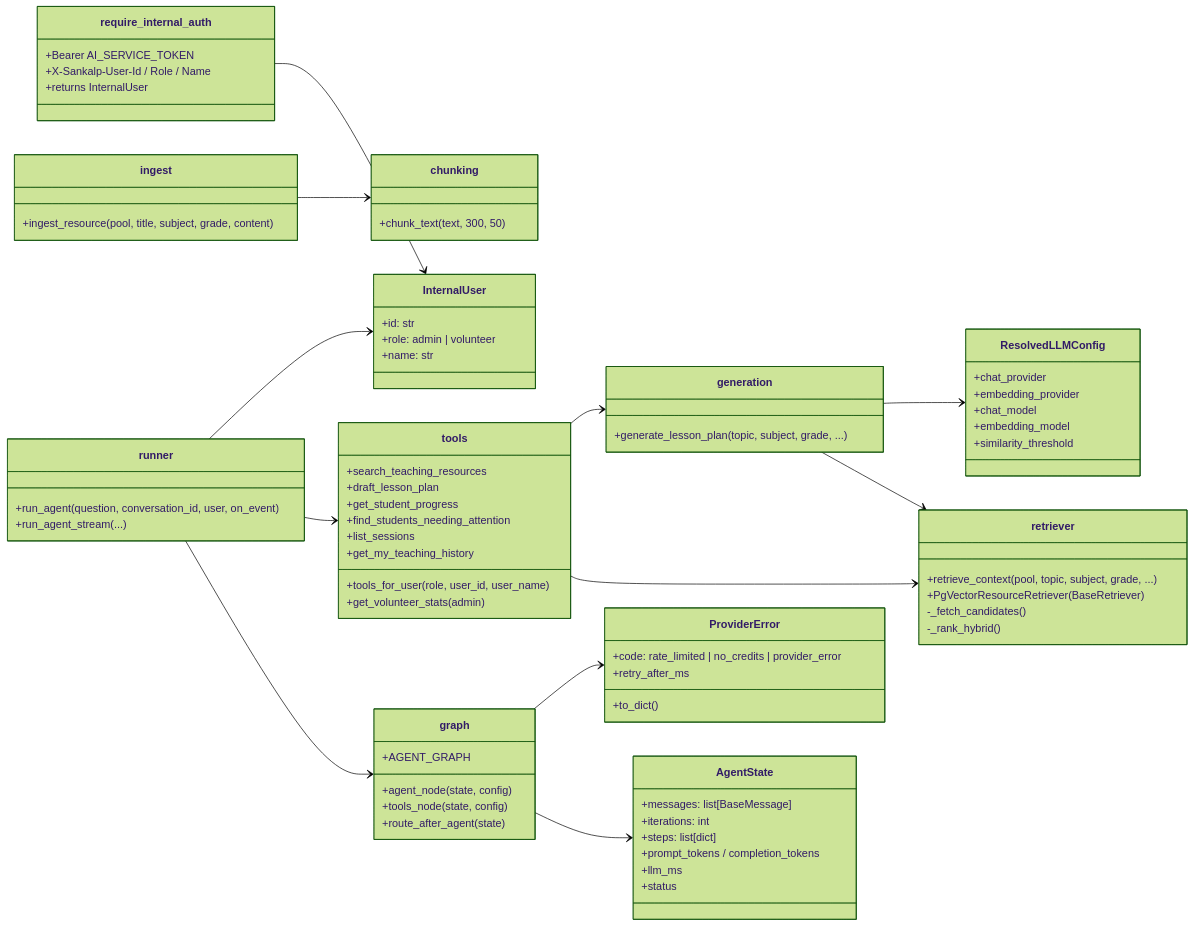
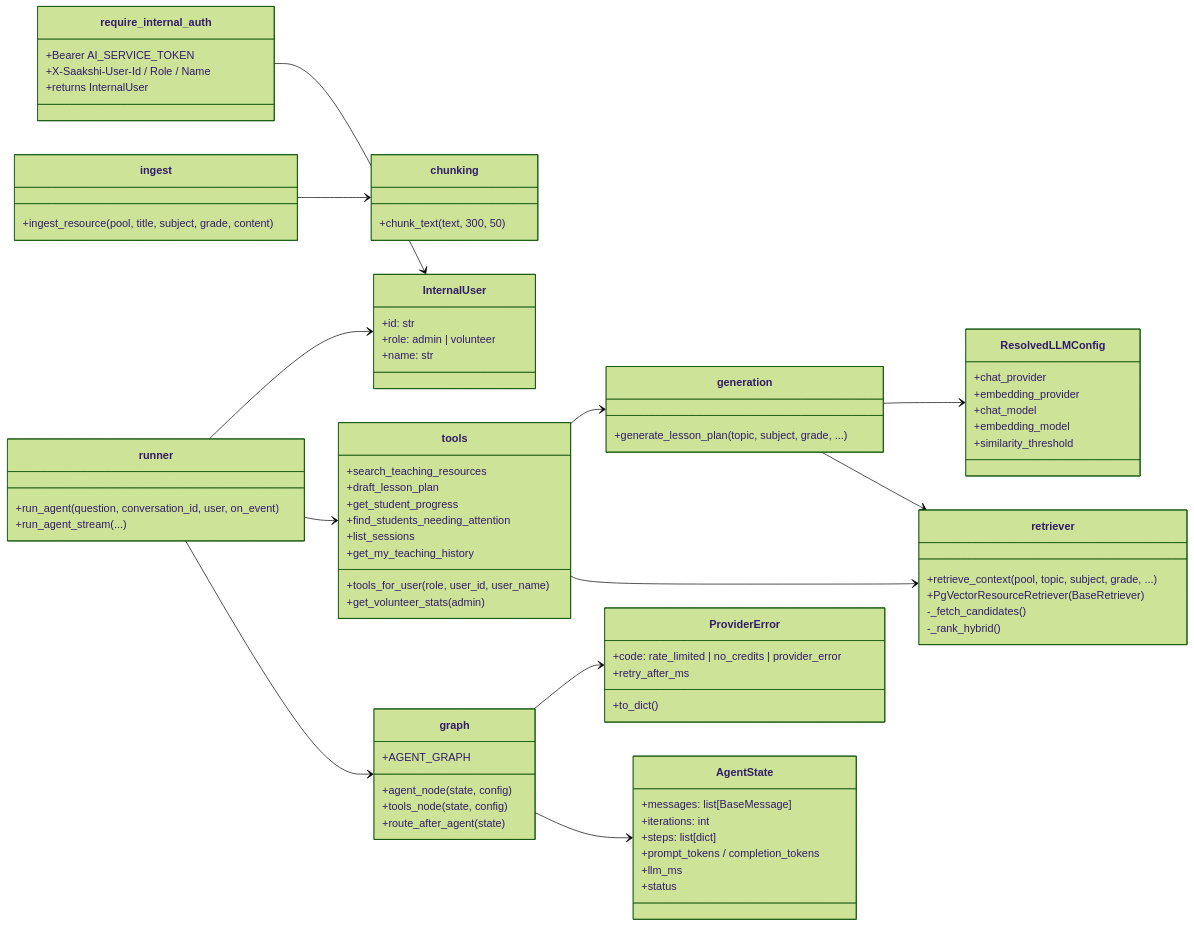
The sixth of 15 diagrams in README.md (kushagragarg15/sankalp-village-project), drawn with Mermaid (forest theme) before and after one commit. The commit also changed other lines of this file and 29 other files, not shown here.

````diff
--- a/README.md
+++ b/README.md
@@ -414,82 +416,82 @@
 ```mermaid
 classDiagram
     direction LR
 
     class InternalUser {
         +id: str
         +role: admin | volunteer
         +name: str
     }
     class require_internal_auth {
         +Bearer AI_SERVICE_TOKEN
-        +X-Sankalp-User-Id / Role / Name
+        +X-Saakshi-User-Id / Role / Name
         +returns InternalUser
     }
     class ResolvedLLMConfig {
         +chat_provider
         +embedding_provider
         +chat_model
         +embedding_model
         +similarity_threshold
     }
     class ProviderError {
         +code: rate_limited | no_credits | provider_error
         +retry_after_ms
         +to_dict()
     }
     class retriever {
         +retrieve_context(pool, topic, subject, grade, ...)
         +PgVectorResourceRetriever (BaseRetriever)
         -_fetch_candidates()
         -_rank_hybrid()
     }
     class generation {
         +generate_lesson_plan(topic, subject, grade, ...)
     }
     class ingest {
         +ingest_resource(pool, title, subject, grade, content)
     }
     class chunking {
         +chunk_text(text, 300, 50)
     }
     class AgentState {
         +messages: list[BaseMessage]
         +iterations: int
         +steps: list[dict]
         +prompt_tokens / completion_tokens
         +llm_ms
         +status
     }
     class graph {
         +agent_node(state, config)
         +tools_node(state, config)
         +route_after_agent(state)
         +AGENT_GRAPH
     }
     class runner {
         +run_agent(question, conversation_id, user, on_event)
         +run_agent_stream(...)
     }
     class tools {
         +tools_for_user(role, user_id, user_name)
         +search_teaching_resources
         +draft_lesson_plan
         +get_student_progress
         +find_students_needing_attention
         +list_sessions
         +get_my_teaching_history
         +get_volunteer_stats (admin)
     }
 
     require_internal_auth --> InternalUser
     runner --> graph
     runner --> tools
     runner --> InternalUser
     graph --> AgentState
     graph --> ProviderError
     generation --> retriever
     generation --> ResolvedLLMConfig
     ingest --> chunking
     tools --> retriever
     tools --> generation
 ```
````
